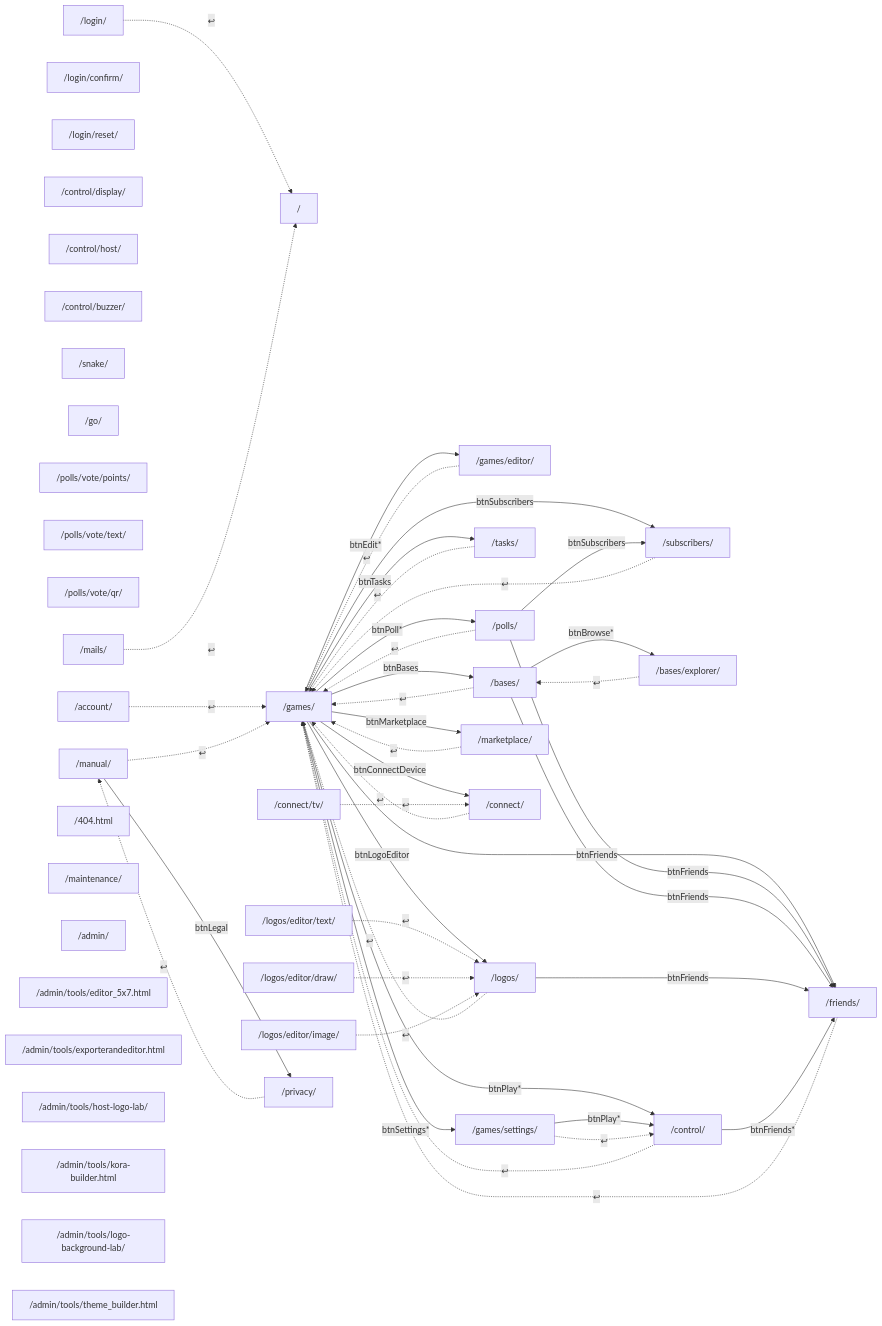
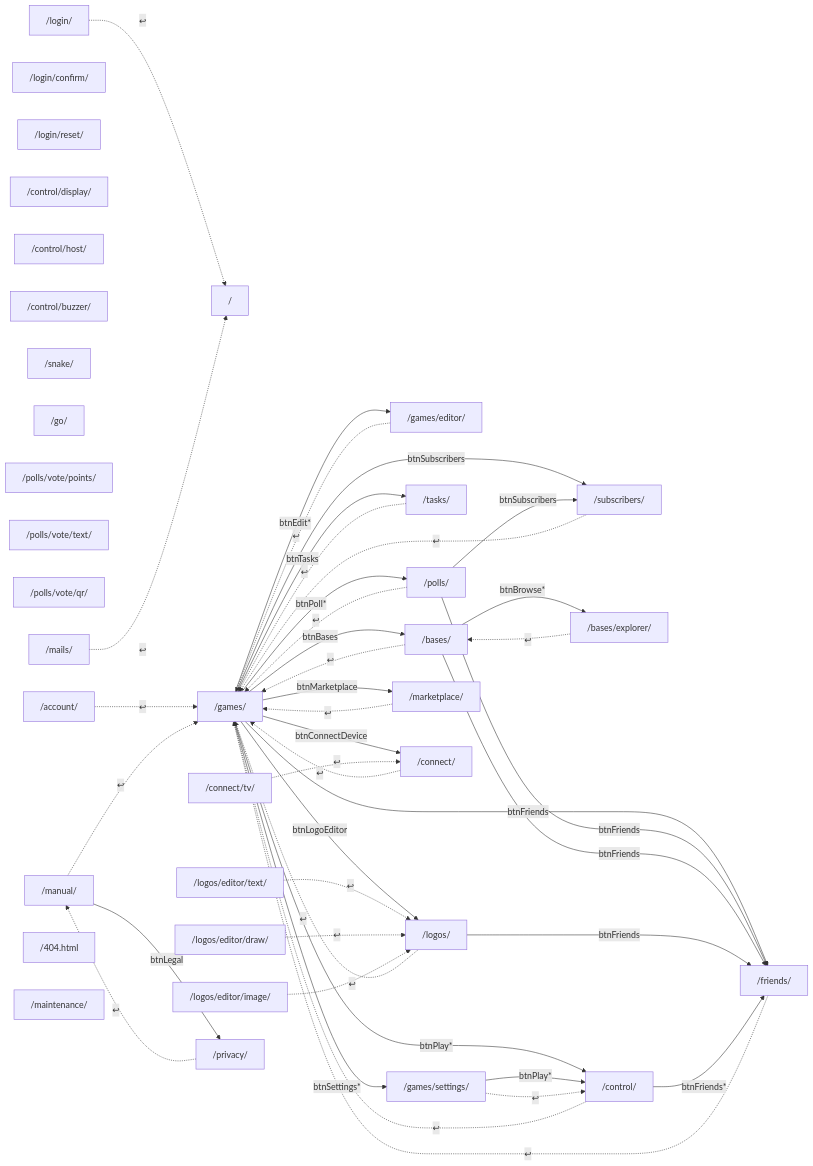
The eighth of 9 diagrams in docs/nawigacja-mapa-plan.md (Andrish97/familiada), drawn with Mermaid before and after one commit. The commit also changed other lines of this file and 100 other files, not shown here.

```diff
--- a/docs/nawigacja-mapa-plan.md
+++ b/docs/nawigacja-mapa-plan.md
@@ -840,13 +840,6 @@
   privacy["/privacy/"]
   notFound["/404.html"]
   maintenance["/maintenance/"]
-  admin["/admin/"]
-  adminToolEditor["/admin/tools/editor_5x7.html"]
-  adminToolExporter["/admin/tools/exporterandeditor.html"]
-  adminToolHostLogo["/admin/tools/host-logo-lab/"]
-  adminToolKora["/admin/tools/kora-builder.html"]
-  adminToolLogoBackground["/admin/tools/logo-background-lab/"]
-  adminToolTheme["/admin/tools/theme_builder.html"]
   games -->|btnMarketplace| marketplace
   games -->|btnLogoEditor| logoEditor
   games -->|btnConnectDevice| connectDevice
```
